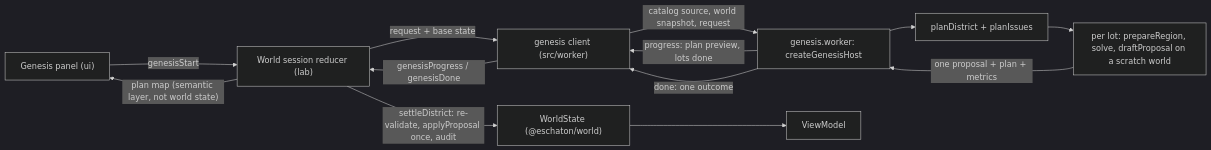
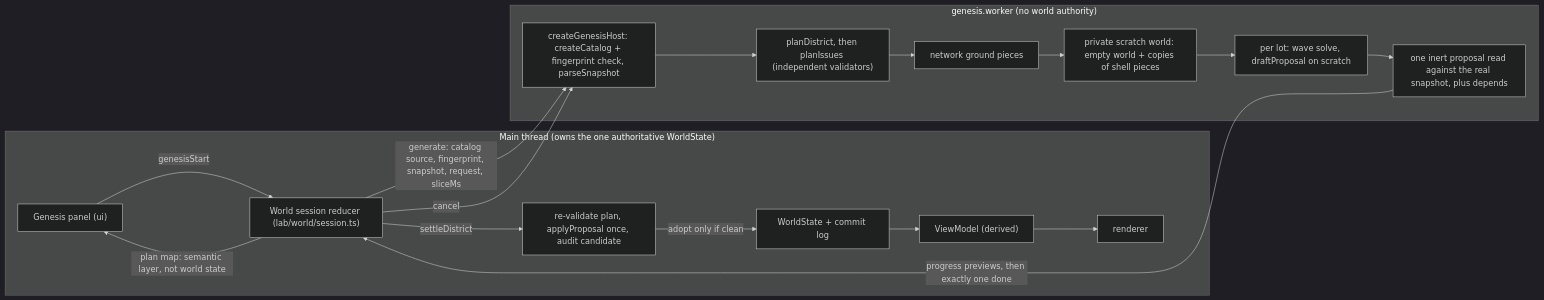
The fourth of 4 diagrams in docs/architecture/overview.md (cuongtranba/eschaton), drawn with Mermaid (dark theme) before and after one commit. The commit also changed other lines of this file and 3 other files, not shown here.

First line of the commit message:
Docs: synchronise the architecture overview with the merged Genesis implementation

````diff
--- a/docs/architecture/overview.md
+++ b/docs/architecture/overview.md
@@ -201,15 +213,23 @@
 ```mermaid
 flowchart LR
-  UI["Genesis panel (ui)"] -- "genesisStart" --> SES["World session reducer (lab)"]
-  SES -- "request + base state" --> CLI["genesis client (src/worker)"]
-  CLI -- "catalog source, world snapshot, request" --> WRK["genesis.worker: createGenesisHost"]
-  WRK --> PLAN["planDistrict + planIssues"]
-  PLAN --> LOTS["per lot: prepareRegion, solve, draftProposal on a scratch world"]
-  LOTS -- "one proposal + plan + metrics" --> WRK
-  WRK -- "progress: plan preview, lots done" --> CLI
-  WRK -- "done: one outcome" --> CLI
-  CLI -- "genesisProgress / genesisDone" --> SES
-  SES -- "settleDistrict: re-validate, applyProposal once, audit" --> WLD["WorldState (@eschaton/world)"]
-  WLD --> VM["ViewModel"]
-  SES -- "plan map (semantic layer, not world state)" --> UI
+  subgraph MAIN["Main thread (owns the one authoritative WorldState)"]
+    UI["Genesis panel (ui)"] -- "genesisStart" --> SES["World session reducer (lab/world/session.ts)"]
+    SES -- "settleDistrict" --> SET["re-validate plan, applyProposal once, audit candidate"]
+    SET -- "adopt only if clean" --> WLD["WorldState + commit log"]
+    WLD --> VM["ViewModel (derived)"]
+    VM --> REN["renderer"]
+    SES -- "plan map: semantic layer, not world state" --> UI
+  end
+  subgraph WORKER["genesis.worker (no world authority)"]
+    HOST["createGenesisHost: createCatalog + fingerprint check, parseSnapshot"]
+    PLAN["planDistrict, then planIssues (independent validators)"]
+    NET["network ground pieces"]
+    SCR["private scratch world: empty world + copies of shell pieces"]
+    LOT["per lot: wave solve, draftProposal on scratch"]
+    OUT["one inert proposal read against the real snapshot, plus depends"]
+    HOST --> PLAN --> NET --> SCR --> LOT --> OUT
+  end
+  SES -- "generate: catalog source, fingerprint, snapshot, request, sliceMs" --> HOST
+  SES -- "cancel" --> HOST
+  OUT -- "progress previews, then exactly one done" --> SES
 ```
````
